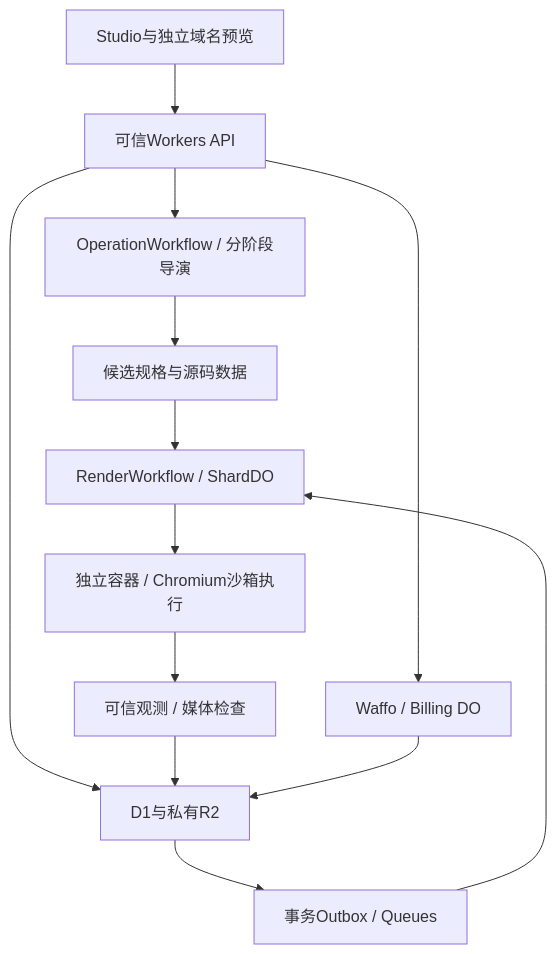
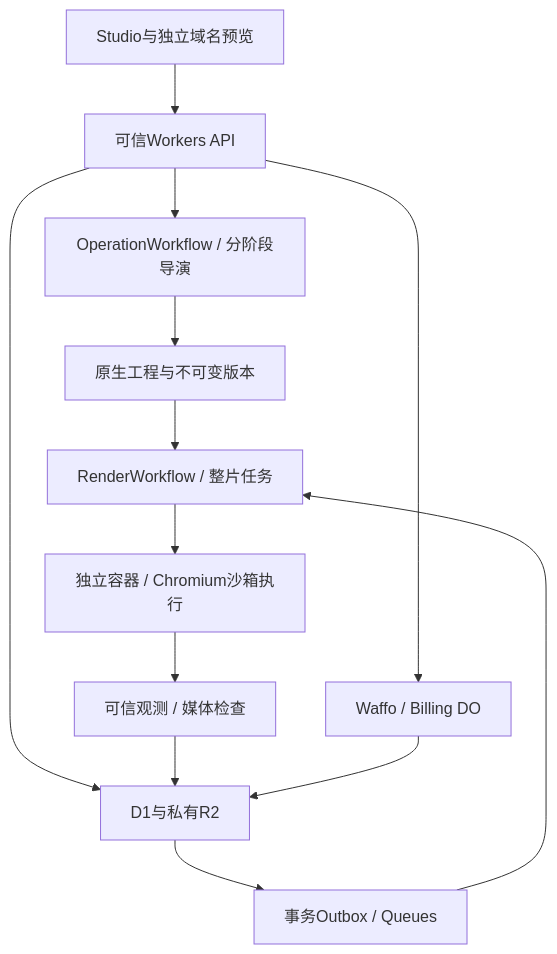
The diagram in docs/prd/04-architecture-and-data.md (ten2ten2/promobento), drawn with Mermaid before and after one commit. The commit also changed other lines of this file and 322 other files, not shown here.

````diff
--- a/docs/prd/04-architecture-and-data.md
+++ b/docs/prd/04-architecture-and-data.md
@@ -20,15 +20,15 @@
 ```mermaid
 flowchart TD
   UI[Studio与独立域名预览] --> API[可信Workers API]
   API --> DIRECTOR[OperationWorkflow / 分阶段导演]
   API --> DATA[D1与私有R2]
-  DIRECTOR --> SOURCE[候选规格与源码数据]
-  SOURCE --> RENDER[RenderWorkflow / ShardDO]
+  DIRECTOR --> SOURCE[原生工程与不可变版本]
+  SOURCE --> RENDER[RenderWorkflow / 整片任务]
   RENDER --> BOX[独立容器 / Chromium沙箱执行]
   BOX --> CHECK[可信观测 / 媒体检查]
   CHECK --> DATA
   DATA --> QUEUE[事务Outbox / Queues]
   QUEUE --> RENDER
   API --> PAY[Waffo / Billing DO]
   PAY --> DATA
 ```
````
